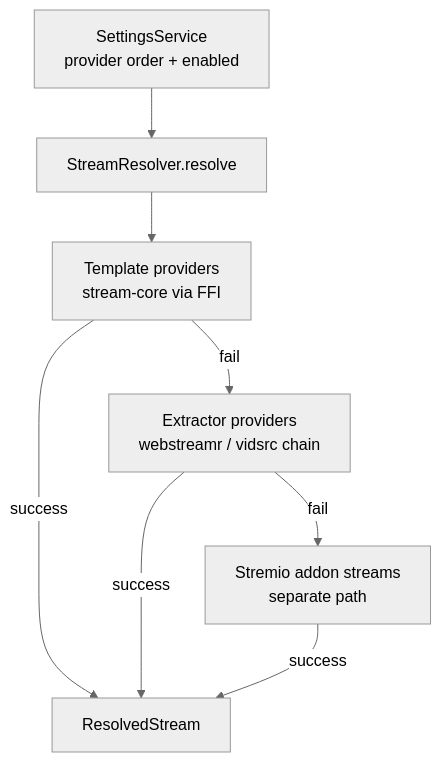
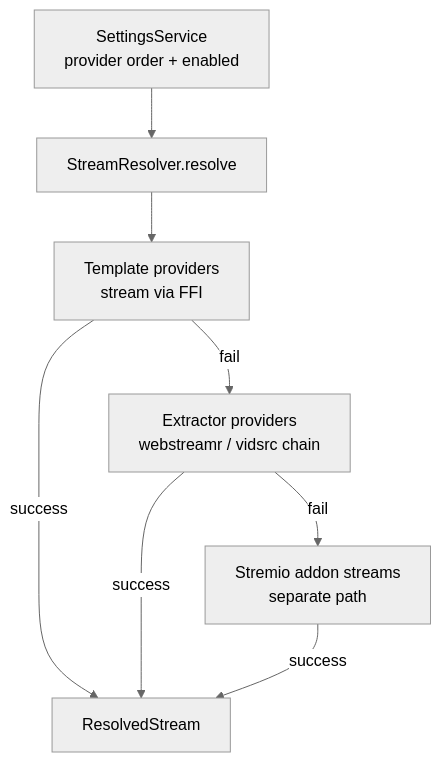
The sixth of 7 diagrams in docs/ARCHITECTURE.md (mGhassen/Forja), drawn with Mermaid (neutral theme) before and after one commit. The commit also changed other lines of this file and 97 other files, not shown here.

````diff
--- a/docs/ARCHITECTURE.md
+++ b/docs/ARCHITECTURE.md
@@ -331,17 +331,17 @@
 ```mermaid
 flowchart TD
   Settings[SettingsService\nprovider order + enabled]
   Resolver[StreamResolver.resolve]
-  Template[Template providers\nstream-core via FFI]
+  Template[Template providers\nstream via FFI]
   Extractor[Extractor providers\nwebstreamr / vidsrc chain]
   Stremio[Stremio addon streams\nseparate path]
   Result[ResolvedStream]
 
   Settings --> Resolver
   Resolver --> Template
   Template -->|fail| Extractor
   Extractor -->|fail| Stremio
   Template -->|success| Result
   Extractor -->|success| Result
   Stremio -->|success| Result
 ```
````
